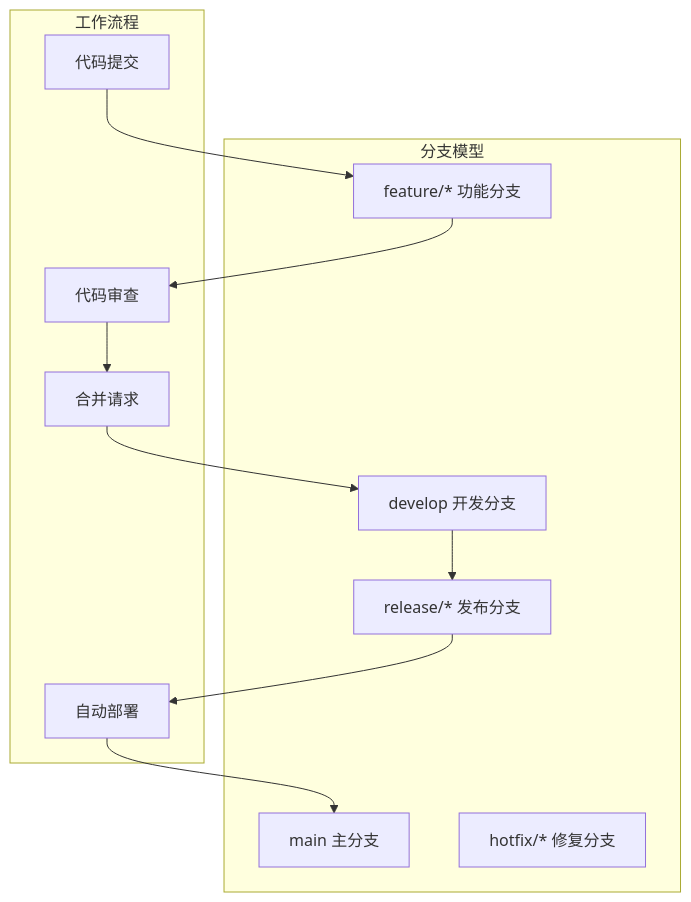
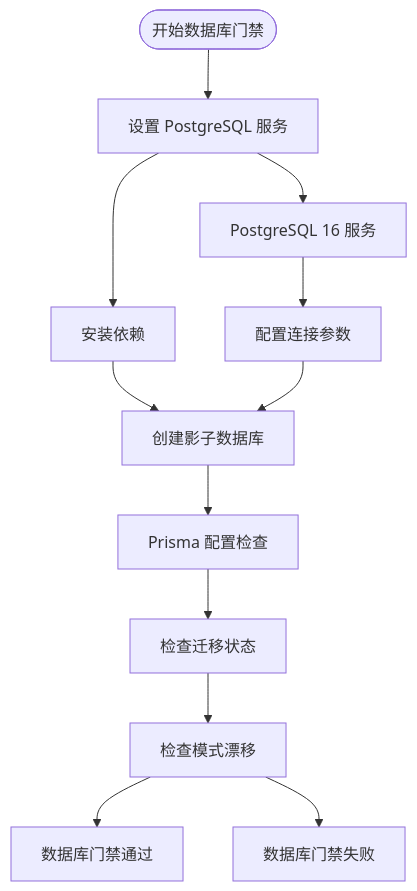
The third of 9 diagrams in .qoder/repowiki/zh/content/部署配置/CI_CD 流水线配置.md (rc558620/purelyprofit-server), drawn with Mermaid before and after one commit. The commit also changed other lines of this file and 65 other files, not shown here.

````diff
--- a/.qoder/repowiki/zh/content/部署配置/CI_CD 流水线配置.md
+++ b/.qoder/repowiki/zh/content/部署配置/CI_CD 流水线配置.md
@@ -140,23 +124,14 @@
 ```mermaid
-graph TB
-subgraph "分支模型"
-Main[main 主分支]
-Develop[develop 开发分支]
-Feature[feature/* 功能分支]
-Hotfix[hotfix/* 修复分支]
-Release[release/* 发布分支]
-end
-subgraph "工作流程"
-Commit[代码提交]
-Review[代码审查]
-Merge[合并请求]
-Deploy[自动部署]
-end
-Commit --> Feature
-Feature --> Review
-Review --> Merge
-Merge --> Develop
-Develop --> Release
-Release --> Deploy
-Deploy --> Main
+flowchart TD
+Start([开始数据库门禁]) --> Setup[设置 PostgreSQL 服务]
+Setup --> Install[安装依赖]
+Install --> ShadowDB[创建影子数据库]
+ShadowDB --> PrismaCheck[Prisma 配置检查]
+PrismaCheck --> MigrationStatus[检查迁移状态]
+MigrationStatus --> DriftCheck[检查模式漂移]
+DriftCheck --> Success[数据库门禁通过]
+DriftCheck --> Fail[数据库门禁失败]
+Setup --> Postgres[PostgreSQL 16 服务]
+Postgres --> Config[配置连接参数]
+Config --> ShadowDB
 ```
````
